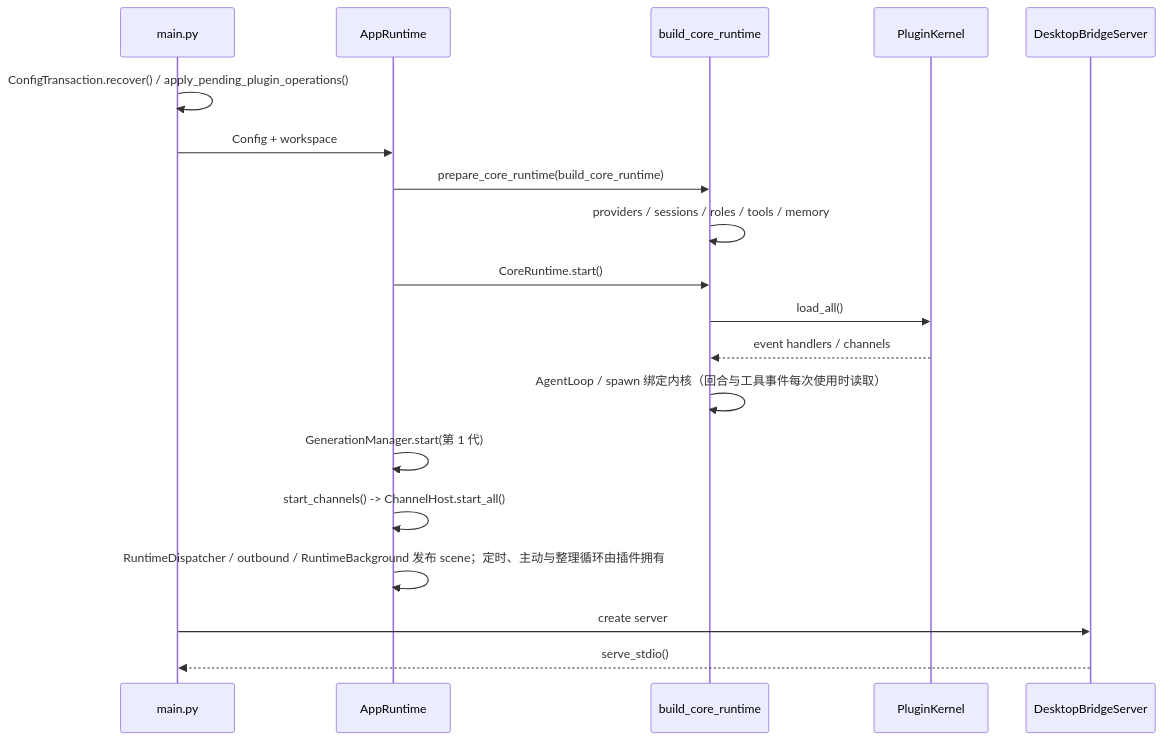
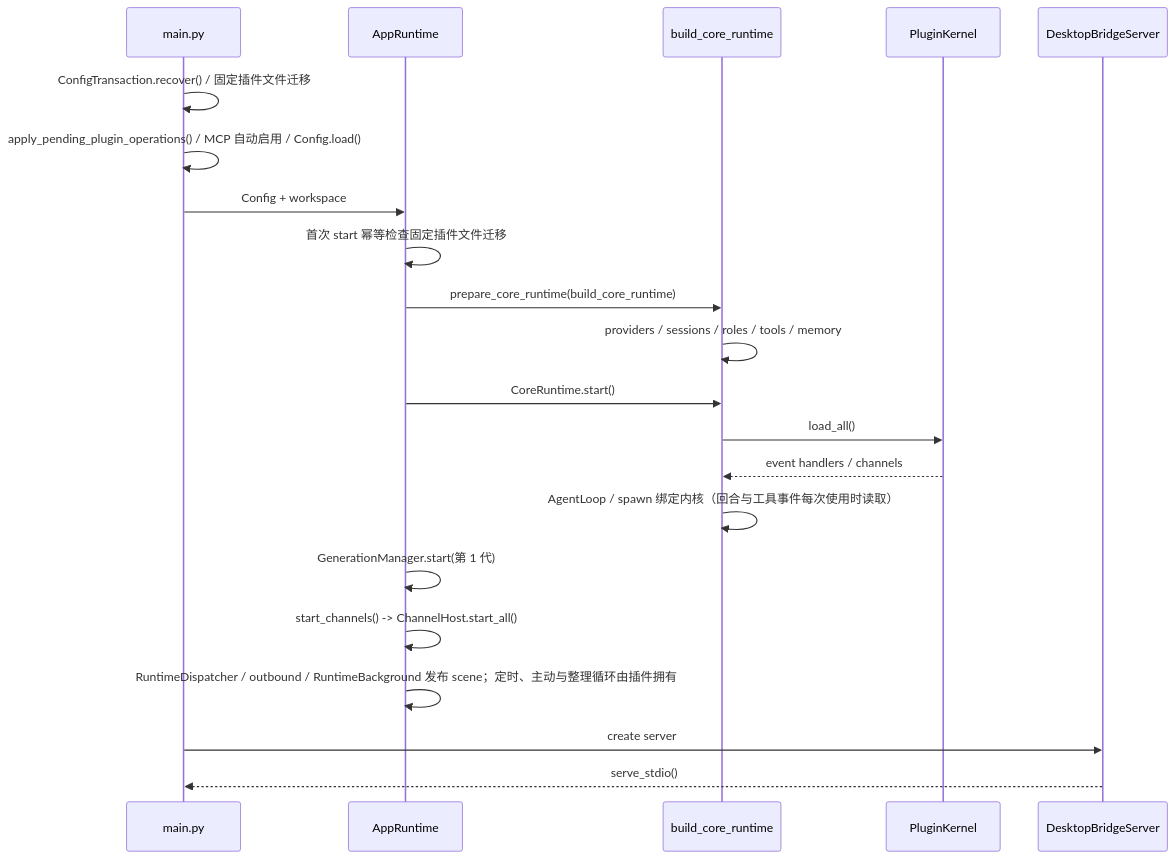
The first of 2 diagrams in docs/knowledge/flows/startup-and-shutdown.md (YinFengWindy/Shiori-Agent), drawn with Mermaid before and after one commit. The commit also changed other lines of this file and 33 other files, not shown here.

````diff
--- a/docs/knowledge/flows/startup-and-shutdown.md
+++ b/docs/knowledge/flows/startup-and-shutdown.md
@@ -23,21 +23,23 @@
 ```mermaid
 sequenceDiagram
   participant Main as main.py
   participant App as AppRuntime
   participant Core as build_core_runtime
   participant Plugin as PluginKernel
   participant Bridge as DesktopBridgeServer
-  Main->>Main: ConfigTransaction.recover() / apply_pending_plugin_operations()
+  Main->>Main: ConfigTransaction.recover() / 固定插件文件迁移
+  Main->>Main: apply_pending_plugin_operations() / MCP 自动启用 / Config.load()
   Main->>App: Config + workspace
+  App->>App: 首次 start 幂等检查固定插件文件迁移
   App->>Core: prepare_core_runtime(build_core_runtime)
   Core->>Core: providers / sessions / roles / tools / memory
   App->>Core: CoreRuntime.start()
   Core->>Plugin: load_all()
   Plugin-->>Core: event handlers / channels
   Core->>Core: AgentLoop / spawn 绑定内核（回合与工具事件每次使用时读取）
   App->>App: GenerationManager.start(第 1 代)
   App->>App: start_channels() -> ChannelHost.start_all()
   App->>App: RuntimeDispatcher / outbound / RuntimeBackground 发布 scene；定时、主动与整理循环由插件拥有
   Main->>Bridge: create server
   Bridge-->>Main: serve_stdio()
 ```
````
